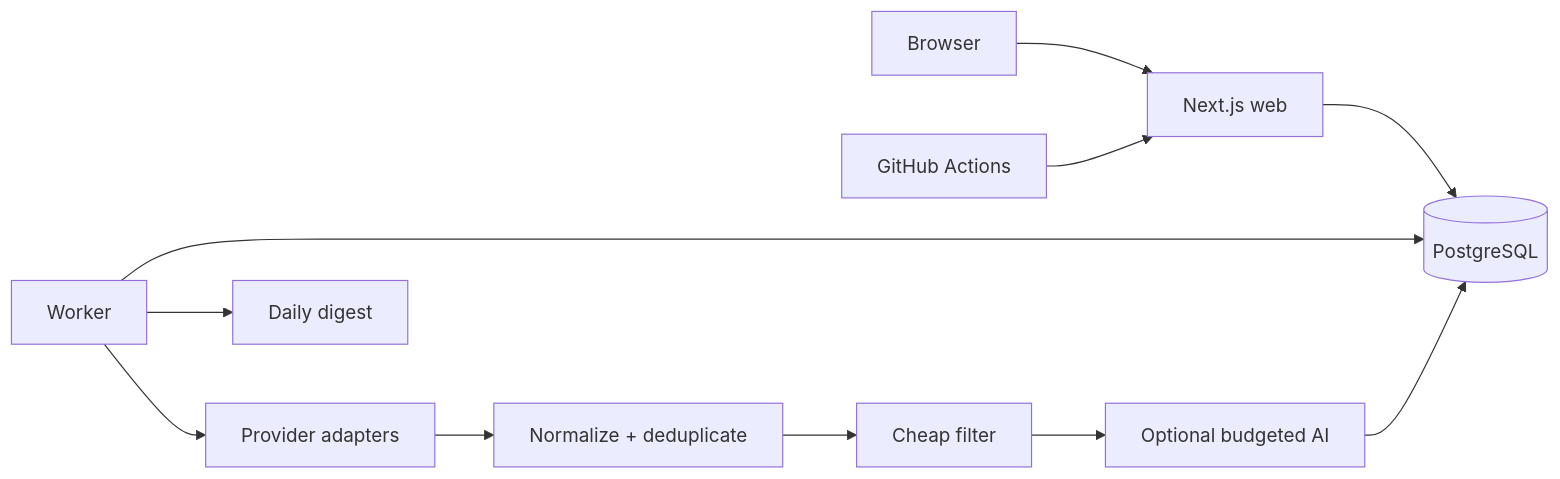
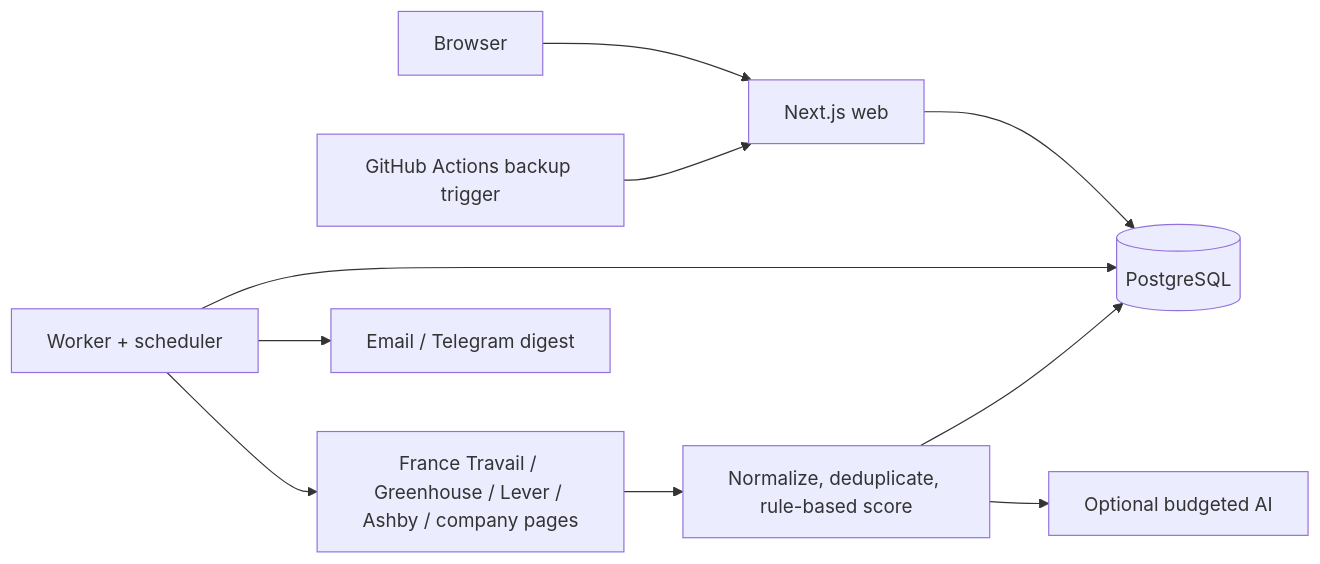
One commit to JenohJOHNSON/AI-Job-Search changed the diagram in README.md. Above: the diagram before and after it, drawn with Mermaid. The commit also changed other lines of this file and 12 other files, not shown here.

````diff
--- a/README.md
+++ b/README.md
@@ -24,13 +28,12 @@
 ```mermaid
 flowchart LR
   Browser --> Web[Next.js web]
-  Actions[GitHub Actions] --> Web
+  Actions[GitHub Actions backup trigger] --> Web
   Web --> DB[(PostgreSQL)]
-  Worker --> DB
-  Worker --> Providers[Provider adapters]
-  Providers --> Dedupe[Normalize + deduplicate]
-  Dedupe --> Filter[Cheap filter]
-  Filter --> AI[Optional budgeted AI]
-  AI --> DB
-  Worker --> Digest[Daily digest]
+  Worker[Worker + scheduler] --> DB
+  Worker --> Sources[France Travail / Greenhouse / Lever / Ashby / company pages]
+  Sources --> Score[Normalize, deduplicate, rule-based score]
+  Score --> DB
+  Score --> AI[Optional budgeted AI]
+  Worker --> Digest[Email / Telegram digest]
 ```
````
